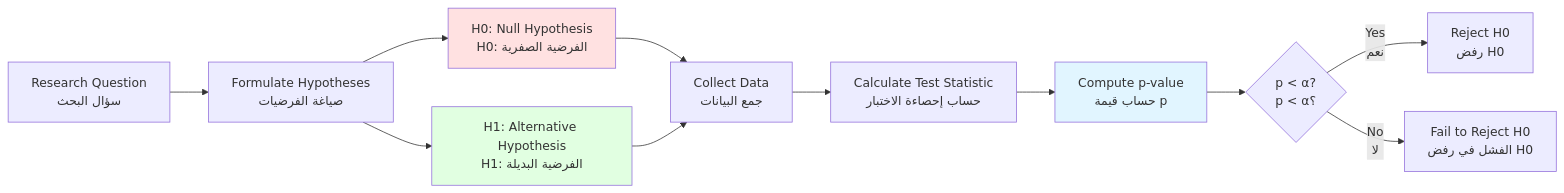
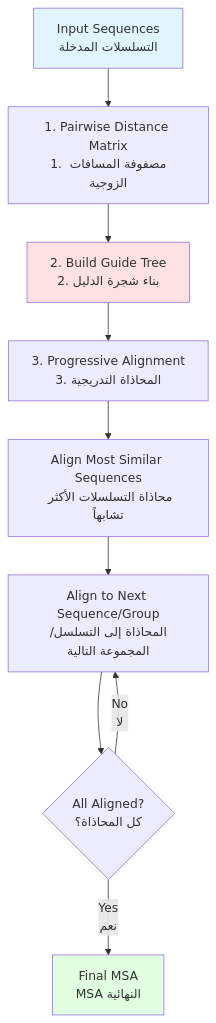
One commit to alarawms/site changed the third of 3 diagrams in docs/courses/foundation-of-bioinformatics/module-5.md. Above: the diagram before and after it, drawn with Mermaid. The commit also changed other lines of this file and 6 other files, not shown here.

````diff
--- a/docs/courses/foundation-of-bioinformatics/module-5.md
+++ b/docs/courses/foundation-of-bioinformatics/module-5.md
@@ -400,17 +669,15 @@
 ```mermaid
-graph LR
-    A["Research Question<br/>سؤال البحث"] --> B["Formulate Hypotheses<br/>صياغة الفرضيات"]
-    B --> C["H0: Null Hypothesis<br/>H0: الفرضية الصفرية"]
-    B --> D["H1: Alternative Hypothesis<br/>H1: الفرضية البديلة"]
-    C --> E["Collect Data<br/>جمع البيانات"]
-    D --> E
-    E --> F["Calculate Test Statistic<br/>حساب إحصاءة الاختبار"]
-    F --> G["Compute p-value<br/>حساب قيمة p"]
-    G --> H{"p < α?<br/>p < α؟"}
-    H -->|"Yes<br/>نعم"| I["Reject H0<br/>رفض H0"]
-    H -->|"No<br/>لا"| J["Fail to Reject H0<br/>الفشل في رفض H0"]
+graph TB
+    A["Input Sequences<br/>التسلسلات المدخلة"] --> B["1. Pairwise Distance Matrix<br/>1. مصفوفة المسافات الزوجية"]
+    B --> C["2. Build Guide Tree<br/>2. بناء شجرة الدليل"]
+    C --> D["3. Progressive Alignment<br/>3. المحاذاة التدريجية"]
+    D --> E["Align Most Similar Sequences<br/>محاذاة التسلسلات الأكثر تشابهاً"]
+    E --> F["Align to Next Sequence/Group<br/>المحاذاة إلى التسلسل/المجموعة التالية"]
+    F --> G{"All Aligned?<br/>كل المحاذاة؟"}
+    G -->|"No<br/>لا"| F
+    G -->|"Yes<br/>نعم"| H["Final MSA<br/>MSA النهائية"]
 
+    style A fill:#e1f5ff
     style C fill:#ffe1e1
-    style D fill:#e1ffe1
-    style G fill:#e1f5ff
+    style H fill:#e1ffe1
 ```
````
